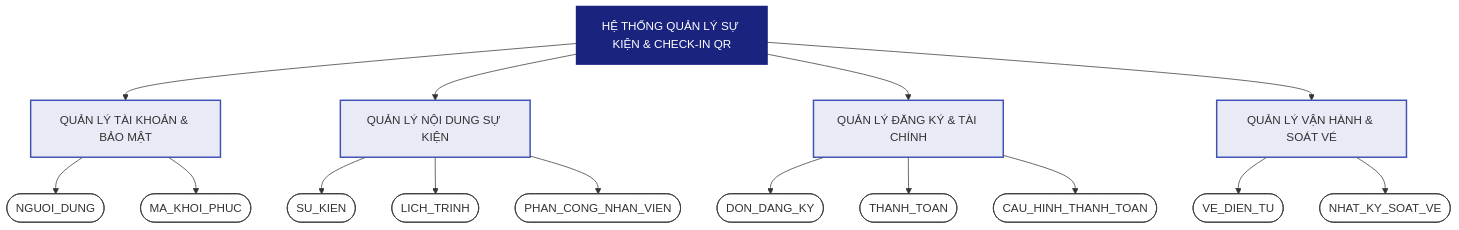
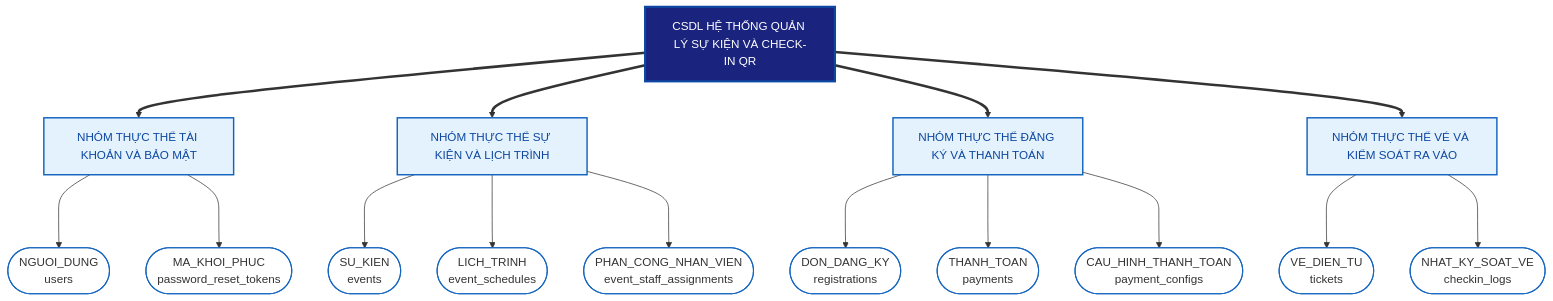
The diagram in doc/system_analysis/07_entity_decomposition.md (ChuDucAnh21/BE-quan-ly-su-kien), drawn with Mermaid before and after one commit. The commit also changed other lines of this file and 12 other files, not shown here.

Commit message:
update/validate checkin, update event

````diff
--- a/doc/system_analysis/07_entity_decomposition.md
+++ b/doc/system_analysis/07_entity_decomposition.md
@@ -9,78 +27,73 @@
 ```mermaid
 graph TD
-    %% ============================
-    %% LEVEL 0: Hệ thống
-    %% ============================
-    System["HỆ THỐNG QUẢN LÝ SỰ KIỆN & CHECK-IN QR"]
+    %% ==========================================
+    %% LEVEL 0: TOÀN BỘ CSDL HỆ THỐNG
+    %% ==========================================
+    DB["CSDL HỆ THỐNG QUẢN LÝ SỰ KIỆN VÀ CHECK-IN QR"]
 
-    %% ============================
-    %% LEVEL 1: Nhóm chức năng (hình chữ nhật)
-    %% ============================
-    Auth["QUẢN LÝ TÀI KHOẢN & BẢO MẬT"]
-    EvMng["QUẢN LÝ NỘI DUNG SỰ KIỆN"]
-    RegPay["QUẢN LÝ ĐĂNG KÝ & TÀI CHÍNH"]
-    Ops["QUẢN LÝ VẬN HÀNH & SOÁT VÉ"]
+    %% ==========================================
+    %% LEVEL 1: 4 NHÓM THỰC THỂ NGHIỆP VỤ (ENTITY GROUPS)
+    %% ==========================================
+    G1["NHÓM THỰC THỂ TÀI KHOẢN VÀ BẢO MẬT"]
+    G2["NHÓM THỰC THỂ SỰ KIỆN VÀ LỊCH TRÌNH"]
+    G3["NHÓM THỰC THỂ ĐĂNG KÝ VÀ THANH TOÁN"]
+    G4["NHÓM THỰC THỂ VÉ VÀ KIỂM SOÁT RA VÀO"]
 
-    %% ============================
-    %% LEVEL 2: Thực thể dữ liệu (hình oval)
-    %% ============================
-    NGUOI_DUNG([NGUOI_DUNG])
-    MA_KHOI_PHUC([MA_KHOI_PHUC])
+    %% ==========================================
+    %% LEVEL 2: 10 THỰC THỂ DỮ LIỆU (ENTITIES / TABLES)
+    %% ==========================================
+    %% G1: Tài khoản và Bảo mật
+    E_User([NGUOI_DUNG<br/>users])
+    E_Reset([MA_KHOI_PHUC<br/>password_reset_tokens])
 
-    SU_KIEN([SU_KIEN])
-    LICH_TRINH([LICH_TRINH])
-    PHAN_CONG_NHAN_VIEN([PHAN_CONG_NHAN_VIEN])
+    %% G2: Sự kiện và Lịch trình
+    E_Event([SU_KIEN<br/>events])
+    E_Schedule([LICH_TRINH<br/>event_schedules])
+    E_Assign([PHAN_CONG_NHAN_VIEN<br/>event_staff_assignments])
 
-    DON_DANG_KY([DON_DANG_KY])
-    THANH_TOAN([THANH_TOAN])
-    CAU_HINH_THANH_TOAN([CAU_HINH_THANH_TOAN])
+    %% G3: Đăng ký và Thanh toán
+    E_Reg([DON_DANG_KY<br/>registrations])
+    E_Pay([THANH_TOAN<br/>payments])
+    E_PayConfig([CAU_HINH_THANH_TOAN<br/>payment_configs])
 
-    VE_DIEN_TU([VE_DIEN_TU])
-    NHAT_KY_SOAT_VE([NHAT_KY_SOAT_VE])
+    %% G4: Vé và Kiểm soát ra vào
+    E_Ticket([VE_DIEN_TU<br/>tickets])
+    E_Checkin([NHAT_KY_SOAT_VE<br/>checkin_logs])
 
-    %% ============================
-    %% KẾT NỐI Level 0 → Level 1
-    %% ============================
-    System --> Auth
-    System --> EvMng
-    System --> RegPay
-    System --> Ops
+    %% ==========================================
+    %% KẾT NỐI LEVEL 0 -> LEVEL 1
+    %% ==========================================
+    DB ==> G1 & G2 & G3 & G4
 
-    %% ============================
-    %% KẾT NỐI Level 1 → Level 2
-    %% ============================
-    Auth    --> NGUOI_DUNG
-    Auth    --> MA_KHOI_PHUC
+    %% ==========================================
+    %% KẾT NỐI LEVEL 1 -> LEVEL 2
+    %% ==========================================
+    G1 ---> E_User & E_Reset
+    G2 ---> E_Event & E_Schedule & E_Assign
+    G3 ---> E_Reg & E_Pay & E_PayConfig
+    G4 ---> E_Ticket & E_Checkin
 
-    EvMng   --> SU_KIEN
-    EvMng   --> LICH_TRINH
-    EvMng   --> PHAN_CONG_NHAN_VIEN
+    %% ==========================================
+    %% STYLING (MÀU SẮC CHUẨN HỌC THUẬT)
+    %% ==========================================
+    style DB fill:#1a237e,color:#fff,stroke:#0d47a1,stroke-width:3px
 
-    RegPay  --> DON_DANG_KY
-    RegPay  --> THANH_TOAN
-    RegPay  --> CAU_HINH_THANH_TOAN
+    style G1 fill:#e3f2fd,color:#0d47a1,stroke:#1565c0,stroke-width:2px
+    style G2 fill:#e3f2fd,color:#0d47a1,stroke:#1565c0,stroke-width:2px
+    style G3 fill:#e3f2fd,color:#0d47a1,stroke:#1565c0,stroke-width:2px
+    style G4 fill:#e3f2fd,color:#0d47a1,stroke:#1565c0,stroke-width:2px
 
-    Ops     --> VE_DIEN_TU
-    Ops     --> NHAT_KY_SOAT_VE
+    style E_User      fill:#fff,stroke:#1565c0,stroke-width:1.5px
+    style E_Reset     fill:#fff,stroke:#1565c0,stroke-width:1.5px
 
-    %% ============================
-    %% STYLING
-    %% ============================
-    style System fill:#1a237e,color:#fff,stroke:#1a237e,stroke-width:3px
+    style E_Event     fill:#fff,stroke:#1565c0,stroke-width:1.5px
+    style E_Schedule  fill:#fff,stroke:#1565c0,stroke-width:1.5px
+    style E_Assign    fill:#fff,stroke:#1565c0,stroke-width:1.5px
 
-    style Auth    fill:#e8eaf6,stroke:#3f51b5,stroke-width:2px
-    style EvMng   fill:#e8eaf6,stroke:#3f51b5,stroke-width:2px
-    style RegPay  fill:#e8eaf6,stroke:#3f51b5,stroke-width:2px
-    style Ops     fill:#e8eaf6,stroke:#3f51b5,stroke-width:2px
+    style E_Reg       fill:#fff,stroke:#1565c0,stroke-width:1.5px
+    style E_Pay       fill:#fff,stroke:#1565c0,stroke-width:1.5px
+    style E_PayConfig fill:#fff,stroke:#1565c0,stroke-width:1.5px
 
-    style NGUOI_DUNG          fill:#fff,stroke:#333,stroke-width:1px
-    style MA_KHOI_PHUC        fill:#fff,stroke:#333,stroke-width:1px
-    style SU_KIEN             fill:#fff,stroke:#333,stroke-width:1px
-    style LICH_TRINH          fill:#fff,stroke:#333,stroke-width:1px
-    style PHAN_CONG_NHAN_VIEN fill:#fff,stroke:#333,stroke-width:1px
-    style DON_DANG_KY         fill:#fff,stroke:#333,stroke-width:1px
-    style THANH_TOAN          fill:#fff,stroke:#333,stroke-width:1px
-    style CAU_HINH_THANH_TOAN fill:#fff,stroke:#333,stroke-width:1px
-    style VE_DIEN_TU          fill:#fff,stroke:#333,stroke-width:1px
-    style NHAT_KY_SOAT_VE     fill:#fff,stroke:#333,stroke-width:1px
+    style E_Ticket    fill:#fff,stroke:#1565c0,stroke-width:1.5px
+    style E_Checkin   fill:#fff,stroke:#1565c0,stroke-width:1.5px
 ```
````
